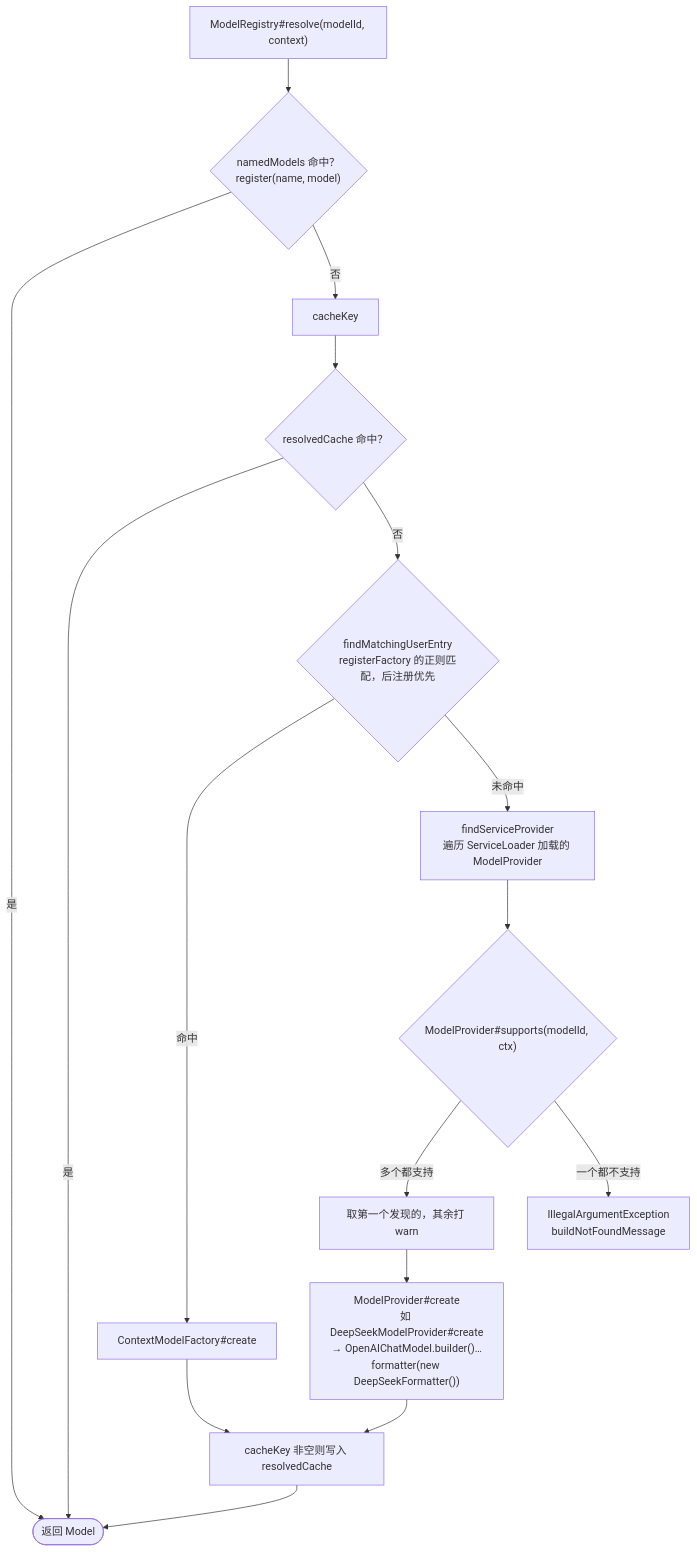
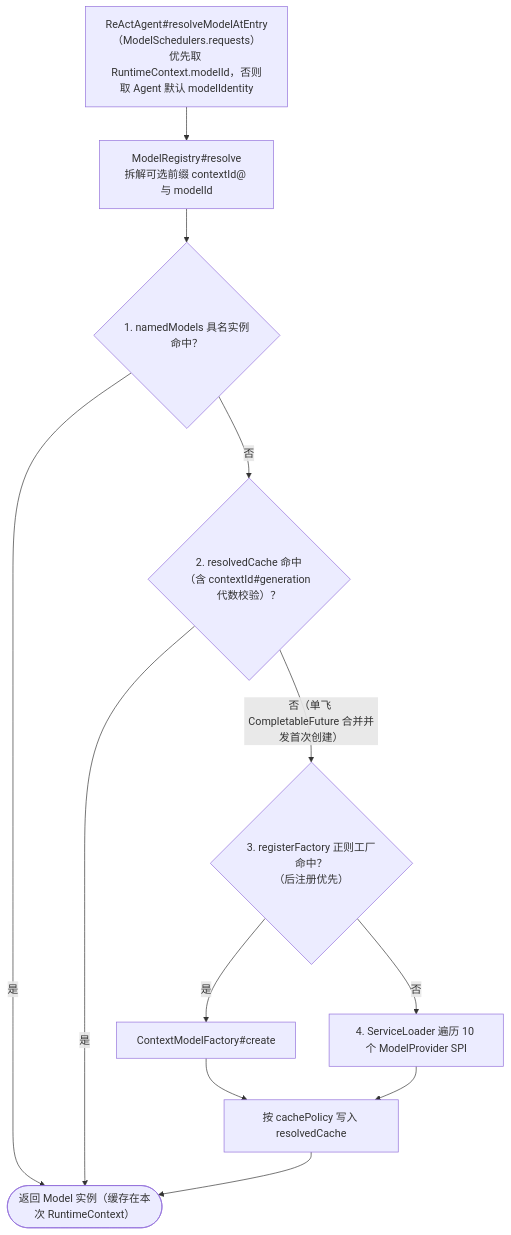
The second of 2 diagrams in 05-模型层.md (liulangjietou/AgentScope-source-analysis), drawn with Mermaid before and after one commit. The commit also changed other lines of this file and 14 other files, not shown here.

````diff
--- a/05-模型层.md
+++ b/05-模型层.md
@@ -187,18 +69,13 @@
 ```mermaid
 flowchart TB
-    R["ModelRegistry#resolve(modelId, context)"] --> N{"namedModels 命中？<br/>register(name, model)"}
-    N -->|"是"| RET(["返回 Model"])
-    N -->|"否"| CK["cacheKey"]
-    CK --> CACHE{"resolvedCache 命中？"}
+    CALL["ReActAgent#resolveModelAtEntry（ModelSchedulers.requests）<br/>优先取 RuntimeContext.modelId，否则取 Agent 默认 modelIdentity"] --> PARSE["ModelRegistry#resolve<br/>拆解可选前缀 contextId@ 与 modelId"]
+    PARSE --> NAMED{"1. namedModels 具名实例命中？"}
+    NAMED -->|"是"| RET(["返回 Model 实例（缓存在本次 RuntimeContext）"])
+    NAMED -->|"否"| CACHE{"2. resolvedCache 命中<br/>（含 contextId#generation 代数校验）？"}
     CACHE -->|"是"| RET
-    CACHE -->|"否"| UF{"findMatchingUserEntry<br/>registerFactory 的正则匹配，后注册优先"}
-    UF -->|"命中"| FC["ContextModelFactory#create"]
-    UF -->|"未命中"| SP["findServiceProvider<br/>遍历 ServiceLoader 加载的 ModelProvider"]
-    SP --> SUP{"ModelProvider#supports(modelId, ctx)"}
-    SUP -->|"多个都支持"| FIRST["取第一个发现的，其余打 warn"]
-    SUP -->|"一个都不支持"| NF["IllegalArgumentException<br/>buildNotFoundMessage"]
-    FIRST --> PC["ModelProvider#create<br/>如 DeepSeekModelProvider#create<br/>→ OpenAIChatModel.builder()…formatter(new DeepSeekFormatter())"]
-    FC --> PUT["cacheKey 非空则写入 resolvedCache"]
-    PC --> PUT
-    PUT --> RET
+    CACHE -->|"否（单飞 CompletableFuture 合并并发首次创建）"| FAC{"3. registerFactory 正则工厂命中？<br/>（后注册优先）"}
+    FAC -->|"是"| BUILD["ContextModelFactory#create"]
+    FAC -->|"否"| SPI["4. ServiceLoader 遍历 10 个 ModelProvider SPI"]
+    BUILD --> SAVE["按 cachePolicy 写入 resolvedCache"] --> RET
+    SPI --> SAVE
 ```
````
